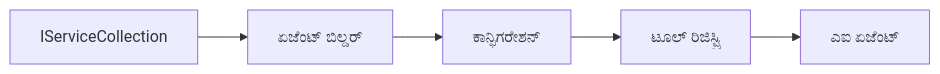
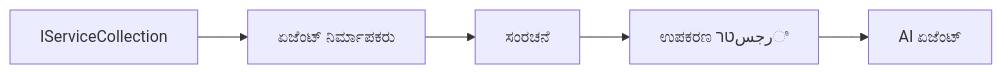
Before and after one commit to microsoft/ai-agents-for-beginners: the diagram in translations/kn/03-agentic-design-patterns/code_samples/03-dotnet-agent-framework.md, drawn with Mermaid. The commit also changed other lines of this file and 224 other files, not shown here.

````diff
--- a/translations/kn/03-agentic-design-patterns/code_samples/03-dotnet-agent-framework.md
+++ b/translations/kn/03-agentic-design-patterns/code_samples/03-dotnet-agent-framework.md
@@ -41,7 +41,7 @@
 ```mermaid
 graph LR
-    A[IServiceCollection] --> B[ಏಜೆಂಟ್ ಬಿಲ್ಡರ್]
-    B --> C[ಕಾನ್ಫಿಗರೇಶನ್]
-    C --> D[ಟೂಲ್ ರಿಜಿಸ್ಟ್ರಿ]
-    D --> E[ಎಐ ಏಜೆಂಟ್]
+    A[IServiceCollection] --> B[ಏಜೆಂಟ್ ನಿರ್ಮಾಪಕರು]
+    B --> C[ಸಂರಚನೆ]
+    C --> D[ಉಪಕರಣ رجسטרಿ]
+    D --> E[AI ಏಜೆಂಟ್]
 ```
````
